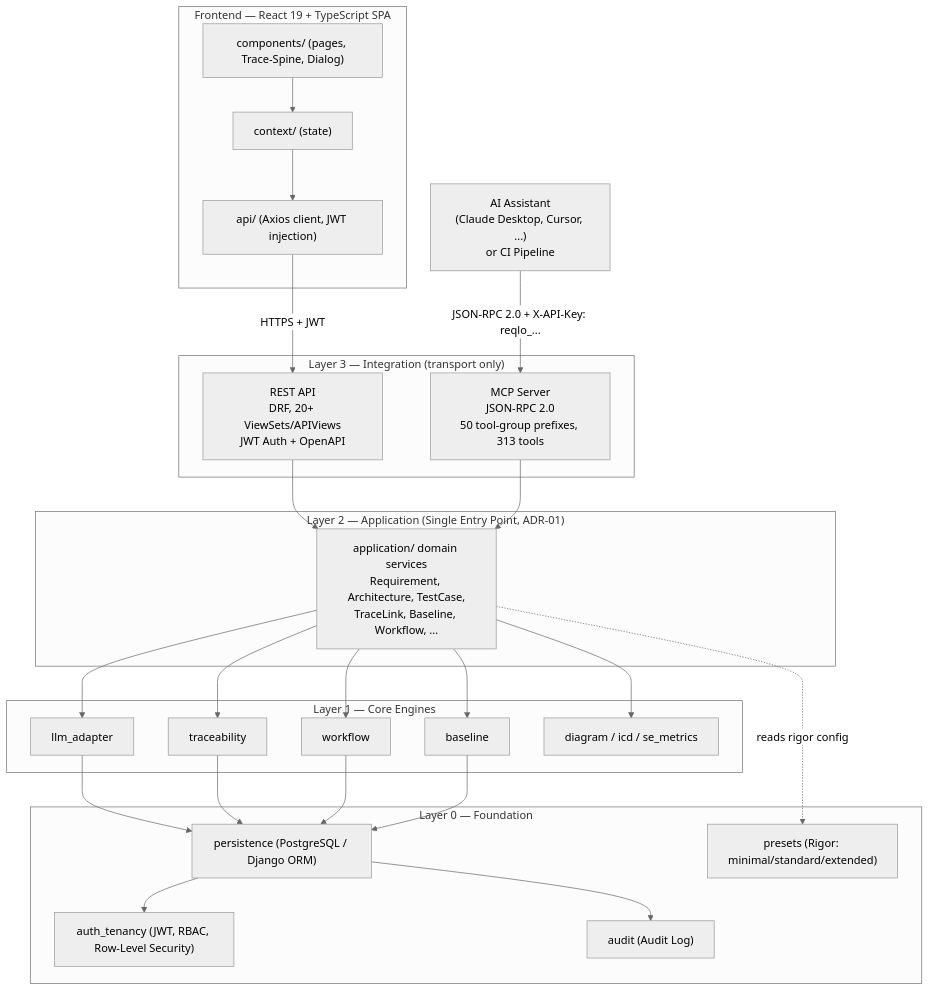
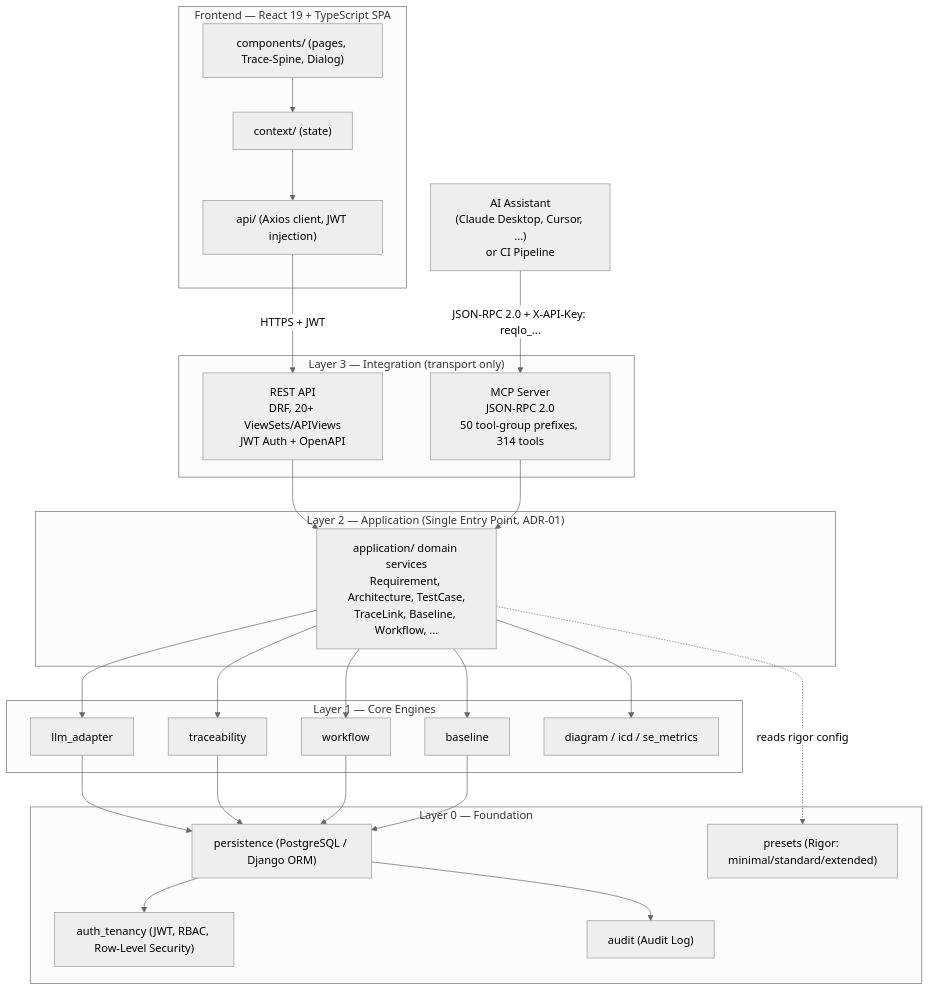
One commit to Popoboxxo/ReqogniLoom changed the first of 3 diagrams in README.md. Above: the diagram before and after it, drawn with Mermaid (neutral theme). The commit also changed other lines of this file and 7 other files, not shown here.

First line of the commit message:
docs: align the MCP tool count with 314

````diff
--- a/README.md
+++ b/README.md
@@ -104,53 +104,53 @@
 ```mermaid
 graph TD
     subgraph FE["Frontend — React 19 + TypeScript SPA"]
         UI["components/ (pages, Trace-Spine, Dialog)"]
         CTX["context/ (state)"]
         APICLIENT["api/ (Axios client, JWT injection)"]
         UI --> CTX --> APICLIENT
     end
 
     EXT["AI Assistant<br/>(Claude Desktop, Cursor, ...)<br/>or CI Pipeline"]
 
     subgraph L3["Layer 3 — Integration (transport only)"]
         REST["REST API<br/>DRF, 20+ ViewSets/APIViews<br/>JWT Auth + OpenAPI"]
-        MCP["MCP Server<br/>JSON-RPC 2.0<br/>50 tool-group prefixes, 313 tools"]
+        MCP["MCP Server<br/>JSON-RPC 2.0<br/>50 tool-group prefixes, 314 tools"]
     end
 
     subgraph L2["Layer 2 — Application (Single Entry Point, ADR-01)"]
         APP["application/ domain services<br/>Requirement, Architecture, TestCase,<br/>TraceLink, Baseline, Workflow, ..."]
     end
 
     subgraph L1["Layer 1 — Core Engines"]
         LLM["llm_adapter"]
         TRACE["traceability"]
         WF["workflow"]
         BASE["baseline"]
         DIAG["diagram / icd / se_metrics"]
     end
 
     subgraph L0["Layer 0 — Foundation"]
         PERSIST["persistence (PostgreSQL / Django ORM)"]
         AUTH["auth_tenancy (JWT, RBAC, Row-Level Security)"]
         PRESET["presets (Rigor: minimal/standard/extended)"]
         AUDIT["audit (Audit Log)"]
     end
 
     APICLIENT -->|"HTTPS + JWT"| REST
     EXT -->|"JSON-RPC 2.0 + X-API-Key: reqlo_..."| MCP
 
     REST --> APP
     MCP --> APP
     APP --> LLM
     APP --> TRACE
     APP --> WF
     APP --> BASE
     APP --> DIAG
     APP -.->|"reads rigor config"| PRESET
     LLM --> PERSIST
     TRACE --> PERSIST
     WF --> PERSIST
     BASE --> PERSIST
     PERSIST --> AUTH
     PERSIST --> AUDIT
 ```
````
